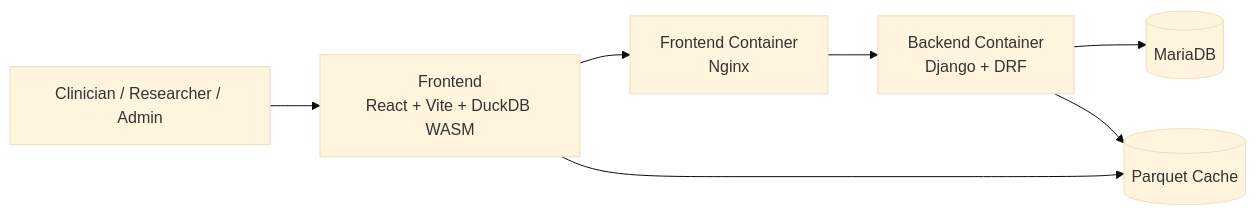
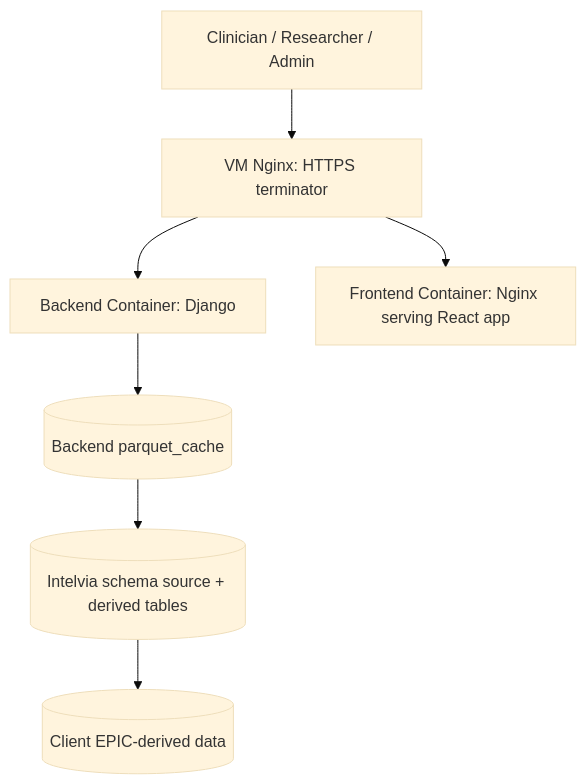
One commit to visdesignlab/Sanguine changed the diagram in README.md. Above: the diagram before and after it, drawn with Mermaid (base theme). The commit also changed other lines of this file, not shown here.

Commit message:
Simplify README architecture diagram

````diff
--- a/README.md
+++ b/README.md
@@ -30,16 +28,17 @@
 ```mermaid
-flowchart LR
+flowchart TD
     User[Clinician / Researcher / Admin]
-    Browser[Frontend\nReact + Vite + DuckDB WASM]
-    FrontendNginx[Frontend Container\nNginx]
-    Backend[Backend Container\nDjango + DRF]
-    DB[(MariaDB)]
-    Cache[(Parquet Cache)]
+    Nginx[VM Nginx: HTTPS terminator]
+    Backend[Backend Container: Django]
+    Frontend[Frontend Container: Nginx serving React app]
+    Cache[(Backend parquet_cache)]
+    Schema[(Intelvia schema source + derived tables)]
+    Epic[(Client EPIC-derived data)]
 
-    User --> Browser
-    Browser --> FrontendNginx
-    FrontendNginx --> Backend
-    Backend --> DB
+    User --> Nginx
+    Nginx --> Backend
+    Nginx --> Frontend
     Backend --> Cache
-    Browser --> Cache
+    Cache --> Schema
+    Schema --> Epic
 ```
````
